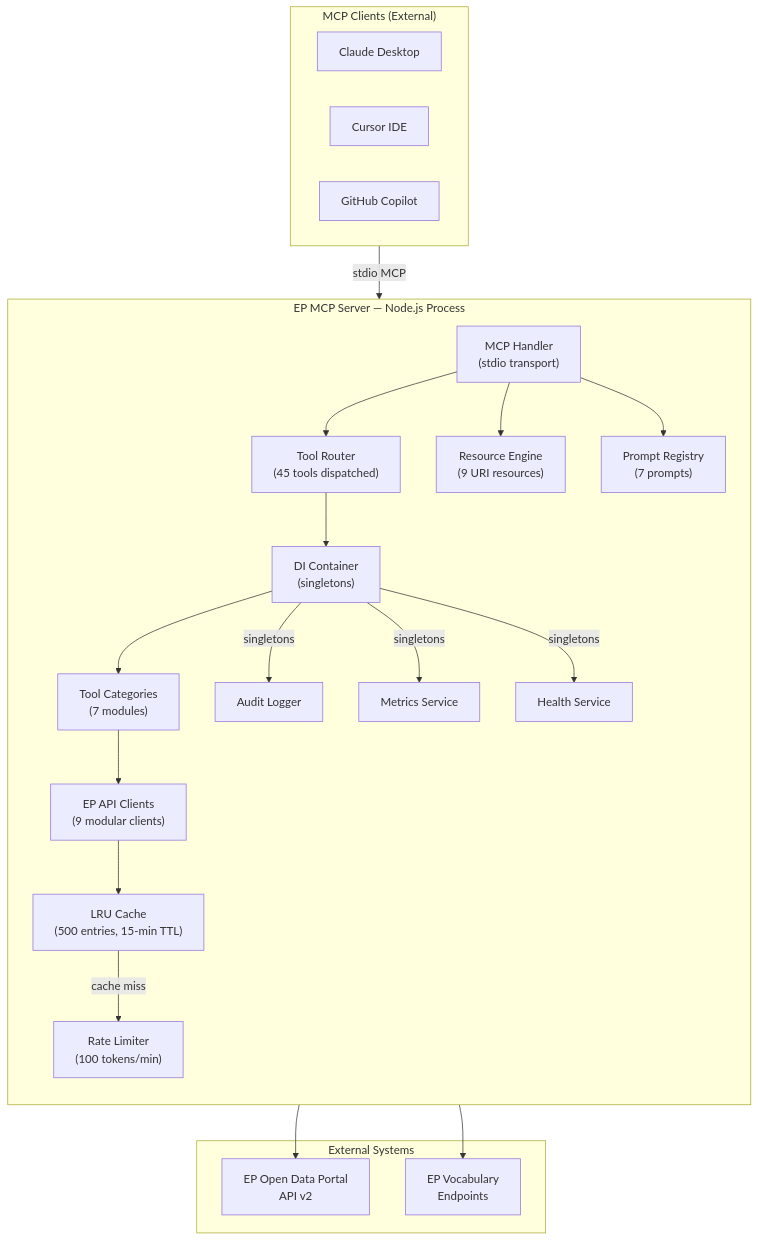
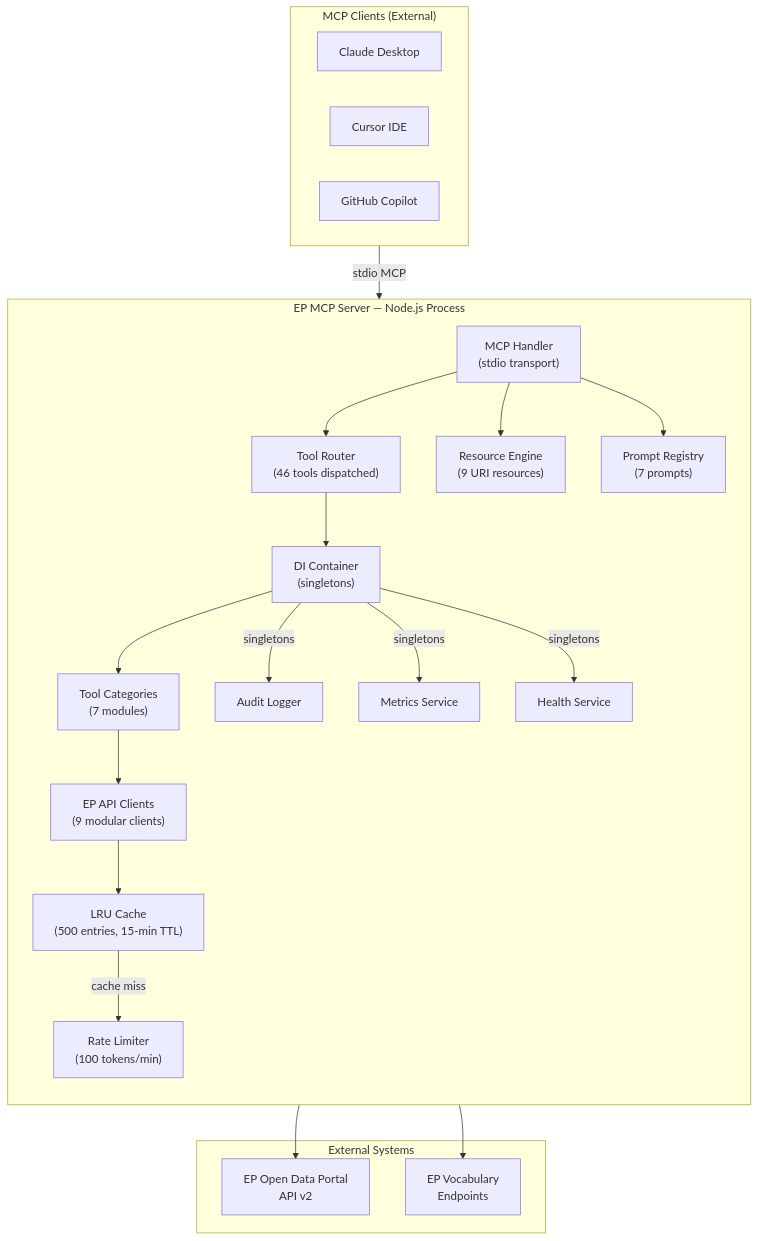
One commit to Hack23/European-Parliament-MCP-Server changed the second of 4 diagrams in ARCHITECTURE.md. Above: the diagram before and after it, drawn with Mermaid. The commit also changed other lines of this file and 36 other files, not shown here.

````diff
--- a/ARCHITECTURE.md
+++ b/ARCHITECTURE.md
@@ -100,44 +100,44 @@
 ```mermaid
 flowchart TD
     subgraph MCPClients["MCP Clients (External)"]
         CC["Claude Desktop"]
         CU["Cursor IDE"]
         CO["GitHub Copilot"]
     end
 
     subgraph EPMCPServer["EP MCP Server — Node.js Process"]
         direction TB
         MH["MCP Handler\n(stdio transport)"]
-        TR["Tool Router\n(45 tools dispatched)"]
+        TR["Tool Router\n(46 tools dispatched)"]
         RE["Resource Engine\n(9 URI resources)"]
         PR["Prompt Registry\n(7 prompts)"]
         DI["DI Container\n(singletons)"]
         TC["Tool Categories\n(7 modules)"]
         EC["EP API Clients\n(9 modular clients)"]
         CA["LRU Cache\n(500 entries, 15-min TTL)"]
         RL["Rate Limiter\n(100 tokens/min)"]
         AL["Audit Logger"]
         MS["Metrics Service"]
         HS["Health Service"]
     end
 
     subgraph ExternalSystems["External Systems"]
         EPA["EP Open Data Portal\nAPI v2"]
         EV["EP Vocabulary\nEndpoints"]
     end
 
     MCPClients -->|"stdio MCP"| MH
     MH --> TR
     MH --> RE
     MH --> PR
     TR --> DI
     DI --> TC
     TC --> EC
     EC --> CA
     CA -->|"cache miss"| RL
     RL --> EPA
     EC --> EV
     DI -->|"singletons"| AL
     DI -->|"singletons"| MS
     DI -->|"singletons"| HS
 ```
````
